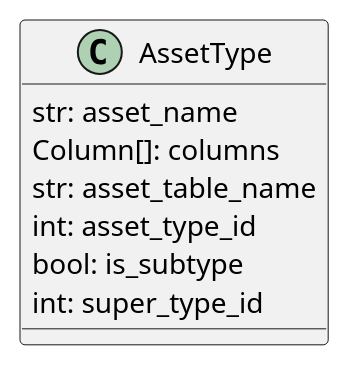
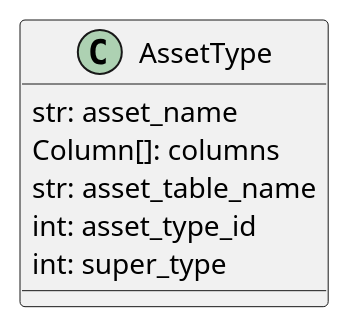
The diagram in doc/components/graphics/plantuml_wsd_files/asset_type.wsd (PDT42/AnyBase), drawn with PlantUML before and after one commit. The commit also changed 4 other files, not shown here.

Commit message:
removed redundant field super_type, added created field to Asset/Type

```diff
--- a/doc/components/graphics/plantuml_wsd_files/asset_type.wsd
+++ b/doc/components/graphics/plantuml_wsd_files/asset_type.wsd
@@ -1,12 +1,11 @@
 @startuml asset_type_class
 
 class AssetType {
     str: asset_name
     Column[]: columns
     str: asset_table_name
     int: asset_type_id
-    bool: is_subtype
-    int: super_type_id
+    int: super_type
 }
 
 @enduml
```
